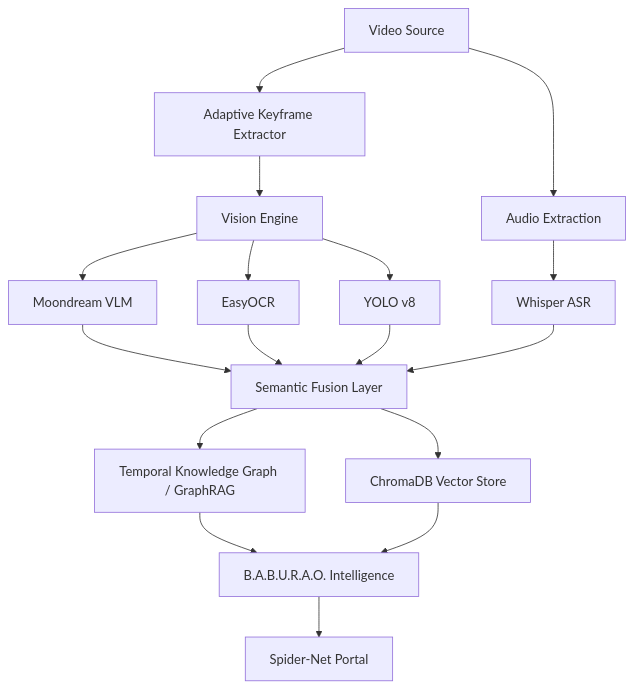
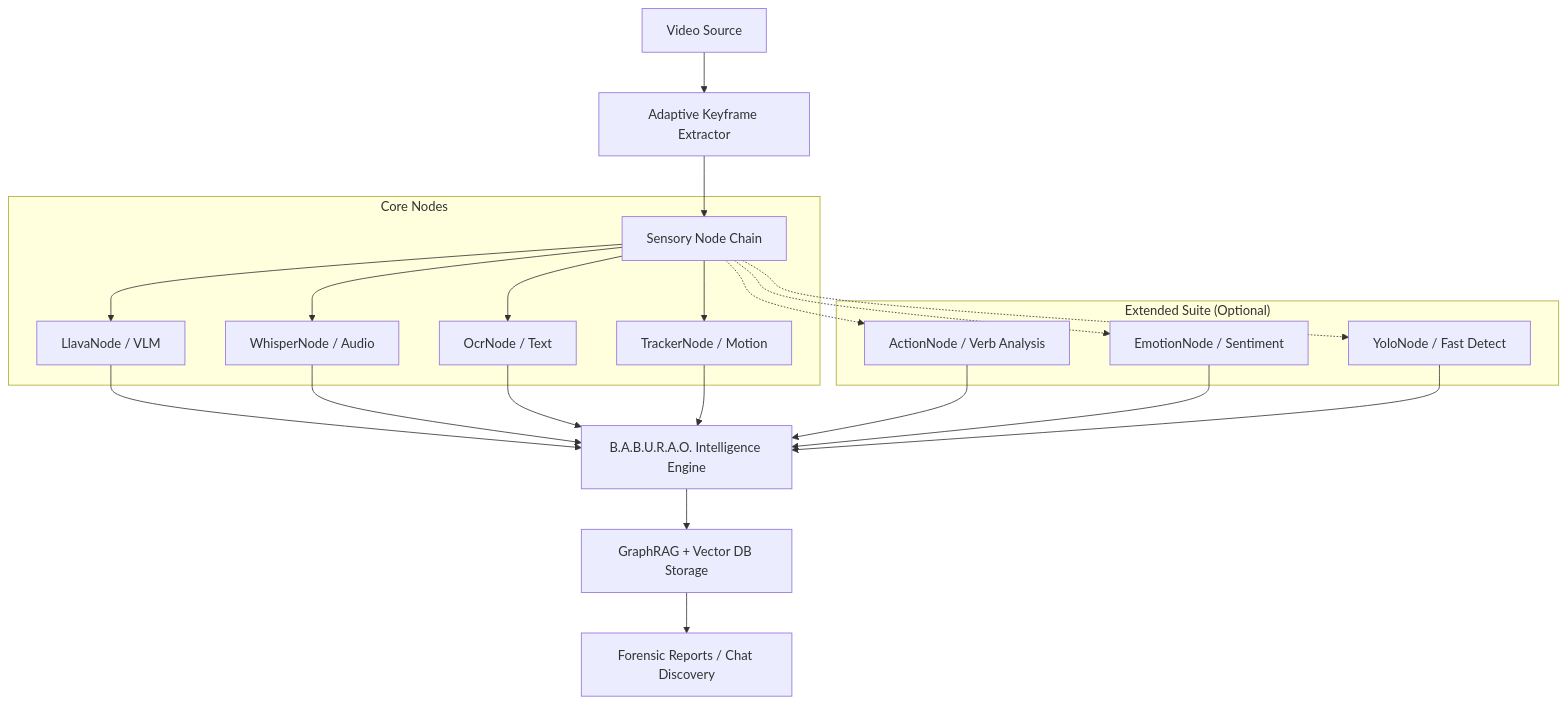
The diagram in README.md (rahulsiiitm/videochain-python), drawn with Mermaid before and after one commit. The commit also changed other lines of this file and 48 other files, not shown here.

````diff
--- a/README.md
+++ b/README.md
@@ -14,15 +14,19 @@
 ```mermaid
 graph TD
     A[Video Source] --> B[Adaptive Keyframe Extractor]
-    A --> C[Audio Extraction]
-    B --> D[Vision Engine]
-    D --> E[Moondream VLM]
-    D --> F[EasyOCR]
-    D --> G[YOLO v8]
-    C --> H[Whisper ASR]
-    E & F & G & H --> I[Semantic Fusion Layer]
-    I --> J[Temporal Knowledge Graph / GraphRAG]
-    I --> K[ChromaDB Vector Store]
-    J & K --> L[B.A.B.U.R.A.O. Intelligence]
-    L --> M[Spider-Net Portal]
+    B --> C[Sensory Node Chain]
+    subgraph "Core Nodes"
+        C --> D[LlavaNode / VLM]
+        C --> E[WhisperNode / Audio]
+        C --> F[OcrNode / Text]
+        C --> G[TrackerNode / Motion]
+    end
+    subgraph "Extended Suite (Optional)"
+        C -.-> H[ActionNode / Verb Analysis]
+        C -.-> I[EmotionNode / Sentiment]
+        C -.-> J[YoloNode / Fast Detect]
+    end
+    D & E & F & G & H & I & J --> K[B.A.B.U.R.A.O. Intelligence Engine]
+    K --> L[GraphRAG + Vector DB Storage]
+    L --> M[Forensic Reports / Chat Discovery]
 ```
````
